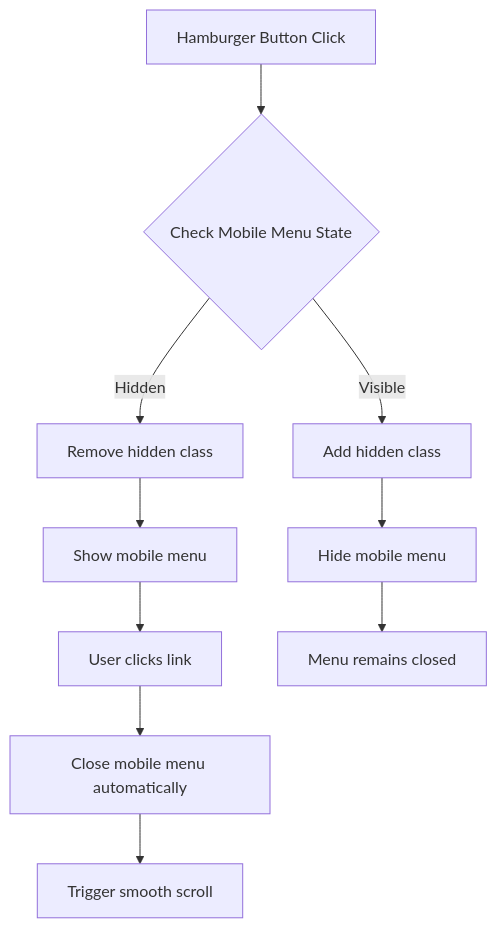
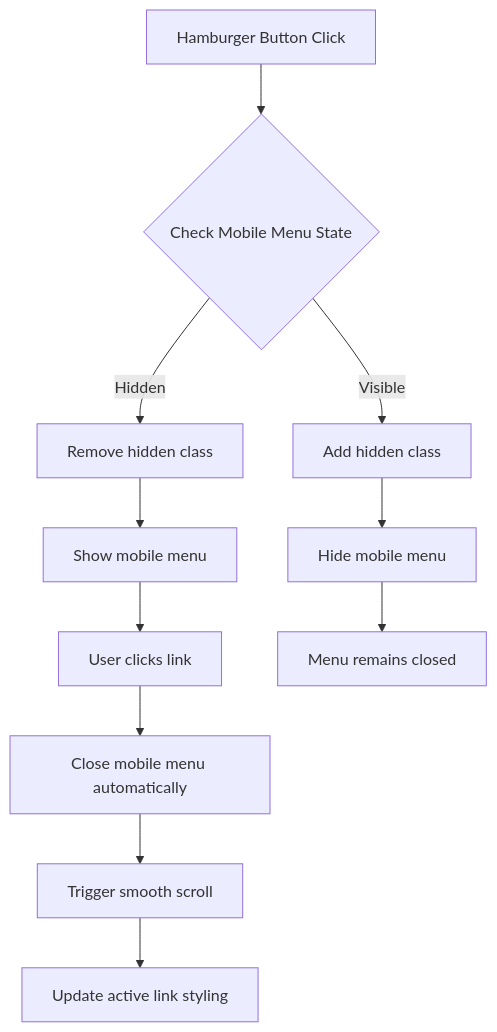
The fourth of 4 diagrams in .qoder/repowiki/en/content/User Interface Components/Navigation System.md (queenflowerhk/queenflowerhk.github.io), drawn with Mermaid before and after one commit. The commit also changed other lines of this file and 20 other files, not shown here.

````diff
--- a/.qoder/repowiki/en/content/User Interface Components/Navigation System.md
+++ b/.qoder/repowiki/en/content/User Interface Components/Navigation System.md
@@ -162,12 +183,13 @@
 ```mermaid
 flowchart TD
 A[Hamburger Button Click] --> B{Check Mobile Menu State}
 B --> |Hidden| C[Remove hidden class]
 B --> |Visible| D[Add hidden class]
 C --> E[Show mobile menu]
 D --> F[Hide mobile menu]
 E --> G[User clicks link]
 F --> H[Menu remains closed]
 G --> I[Close mobile menu automatically]
 I --> J[Trigger smooth scroll]
+J --> K[Update active link styling]
 ```
````
